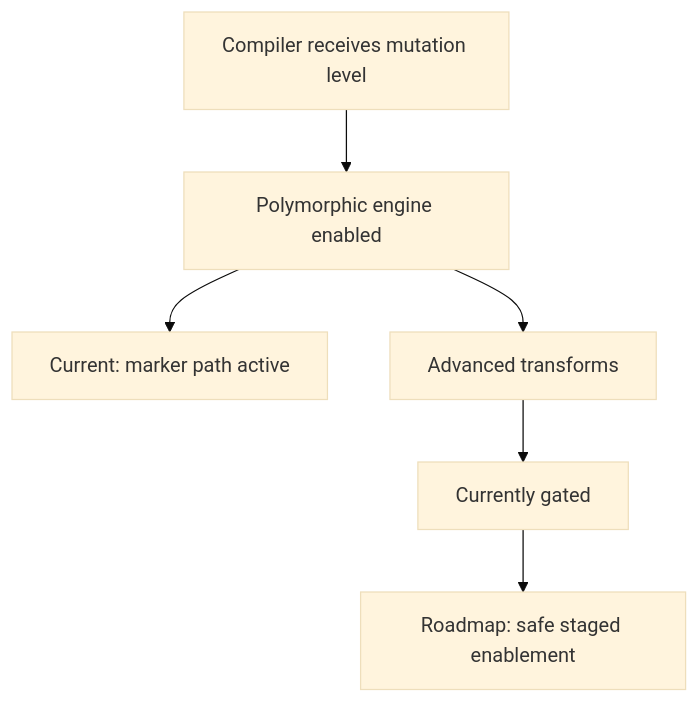
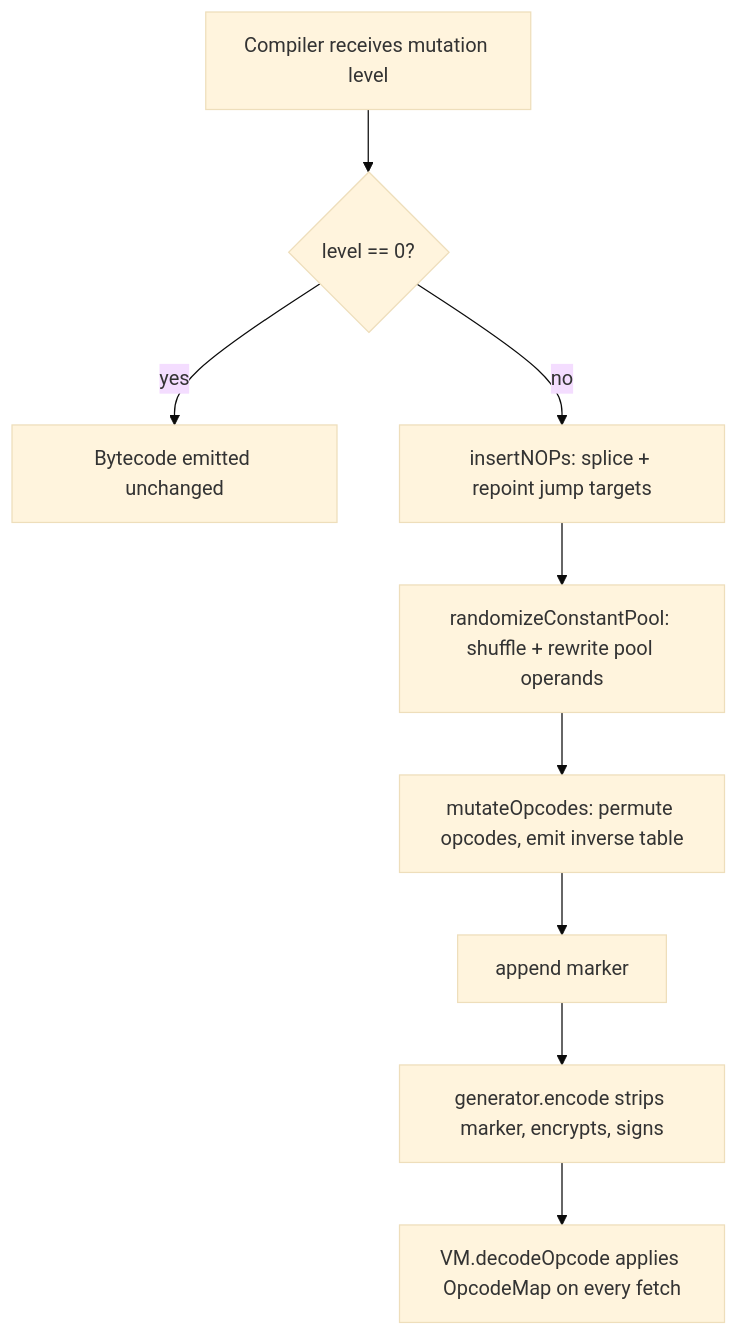
The diagram in docs/POLYMORPHIC_BYTECODE_LLD.md (aoiflux/mutant), drawn with Mermaid (base theme) before and after one commit. The commit also changed other lines of this file and 14 other files, not shown here.

````diff
--- a/docs/POLYMORPHIC_BYTECODE_LLD.md
+++ b/docs/POLYMORPHIC_BYTECODE_LLD.md
@@ -90,8 +131,11 @@
 ```mermaid
 flowchart TD
-    A[Compiler receives mutation level] --> B[Polymorphic engine enabled]
-    B --> C[Current: marker path active]
-    B --> D[Advanced transforms]
-    D --> E[Currently gated]
-    E --> F[Roadmap: safe staged enablement]
+    A[Compiler receives mutation level] --> B{level == 0?}
+    B -->|yes| Z[Bytecode emitted unchanged]
+    B -->|no| C[insertNOPs: splice + repoint jump targets]
+    C --> D[randomizeConstantPool: shuffle + rewrite pool operands]
+    D --> E[mutateOpcodes: permute opcodes, emit inverse table]
+    E --> F[append marker]
+    F --> G[generator.encode strips marker, encrypts, signs]
+    G --> H[VM.decodeOpcode applies OpcodeMap on every fetch]
 ```
````
